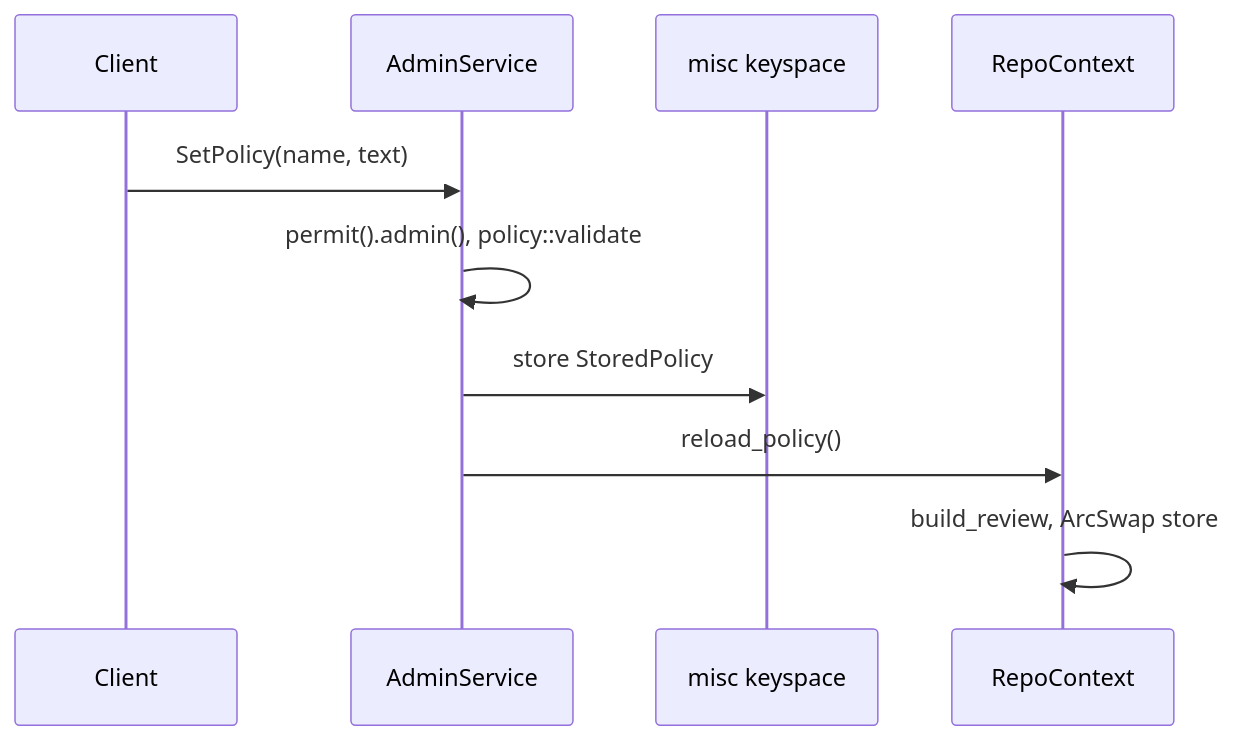
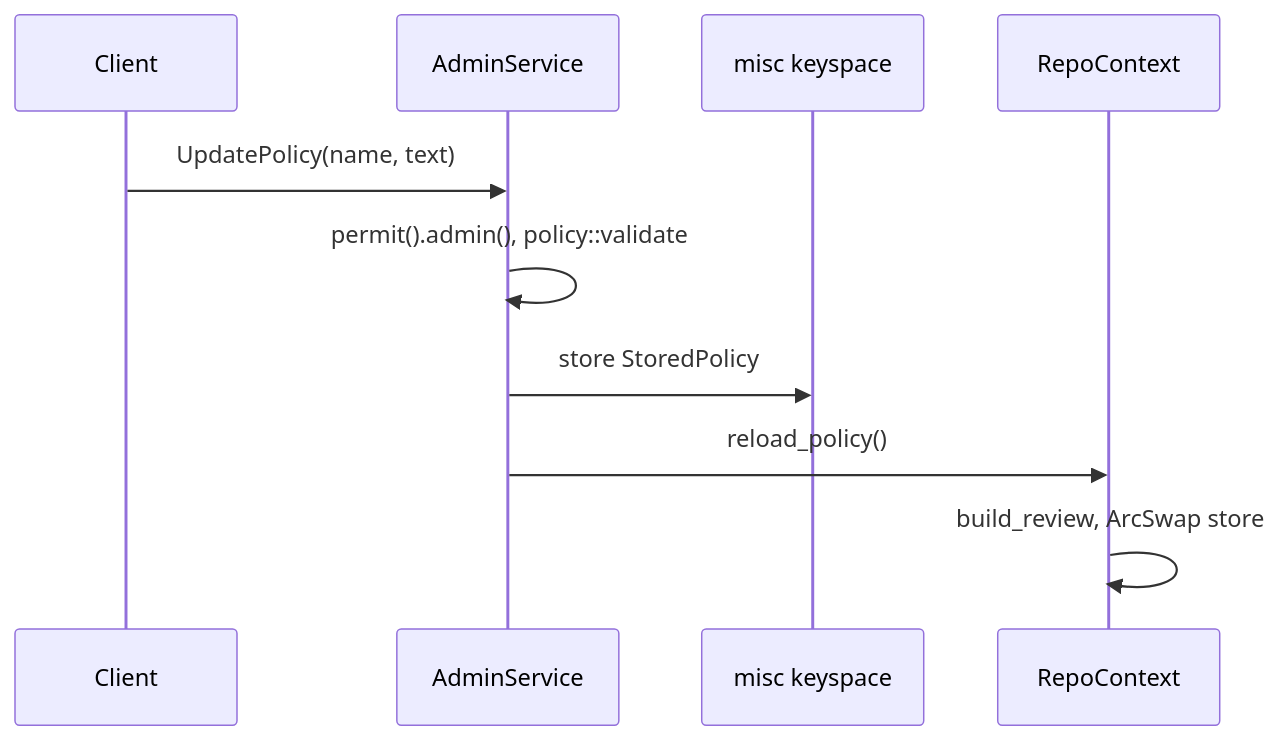
One commit to envoy1084/rill changed the second of 2 diagrams in architecture/05-policy/submit-policy.md. Above: the diagram before and after it, drawn with Mermaid. The commit also changed other lines of this file and 329 other files, not shown here.

````diff
--- a/architecture/05-policy/submit-policy.md
+++ b/architecture/05-policy/submit-policy.md
@@ -105,12 +105,12 @@
 ```mermaid
 sequenceDiagram
     participant C as Client
     participant A as AdminService
     participant S as misc keyspace
     participant R as RepoContext
-    C->>A: SetPolicy(name, text)
+    C->>A: UpdatePolicy(name, text)
     A->>A: permit().admin(), policy::validate
     A->>S: store StoredPolicy
     A->>R: reload_policy()
     R->>R: build_review, ArcSwap store
 ```
````
